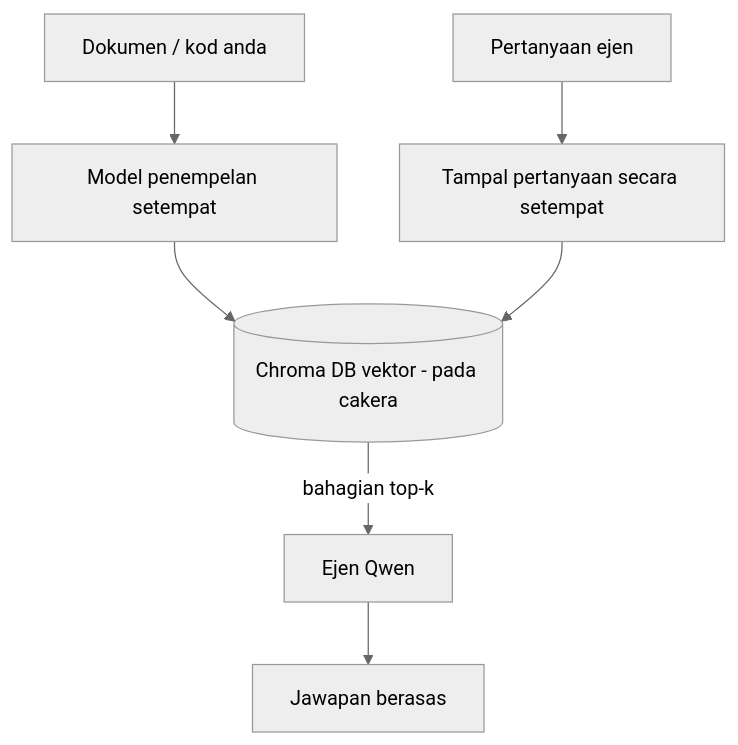
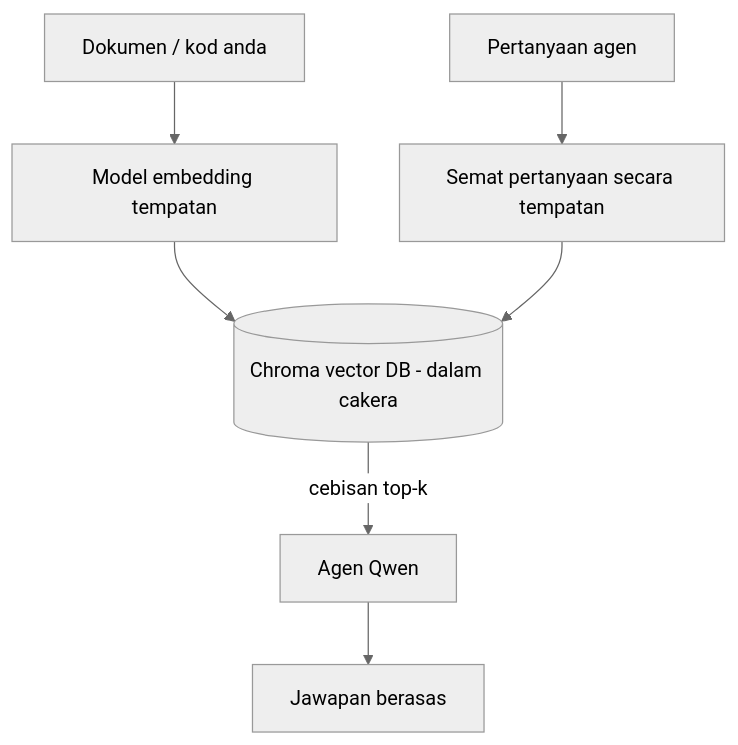
The third of 4 diagrams in translations/ms/17-creating-local-ai-agents/README.md (microsoft/ai-agents-for-beginners), drawn with Mermaid (neutral theme) before and after one commit. The commit also changed other lines of this file and 46 other files, not shown here.

````diff
--- a/translations/ms/17-creating-local-ai-agents/README.md
+++ b/translations/ms/17-creating-local-ai-agents/README.md
@@ -125,9 +125,9 @@
 ```mermaid
 flowchart TB
-    D[Dokumen / kod anda] --> E[Model penempelan setempat]
-    E --> V[(Chroma DB vektor - pada cakera)]
-    Q[Pertanyaan ejen] --> QE[Tampal pertanyaan secara setempat]
+    D[Dokumen / kod anda] --> E[Model embedding tempatan]
+    E --> V[(Chroma vector DB - dalam cakera)]
+    Q[Pertanyaan agen] --> QE[Semat pertanyaan secara tempatan]
     QE --> V
-    V -->|bahagian top-k| A[Ejen Qwen]
+    V -->|cebisan top-k| A[Agen Qwen]
     A --> Ans[Jawapan berasas]
 ```
````
